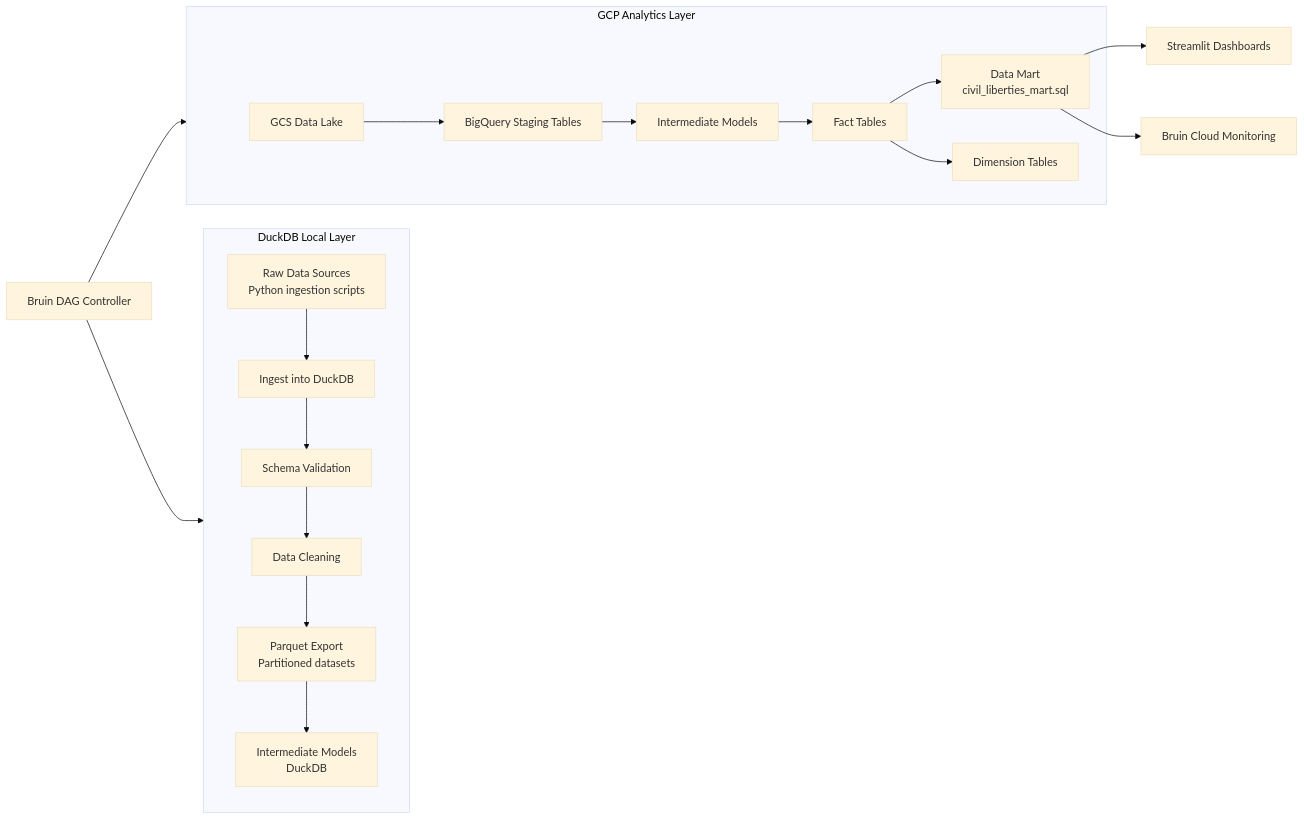
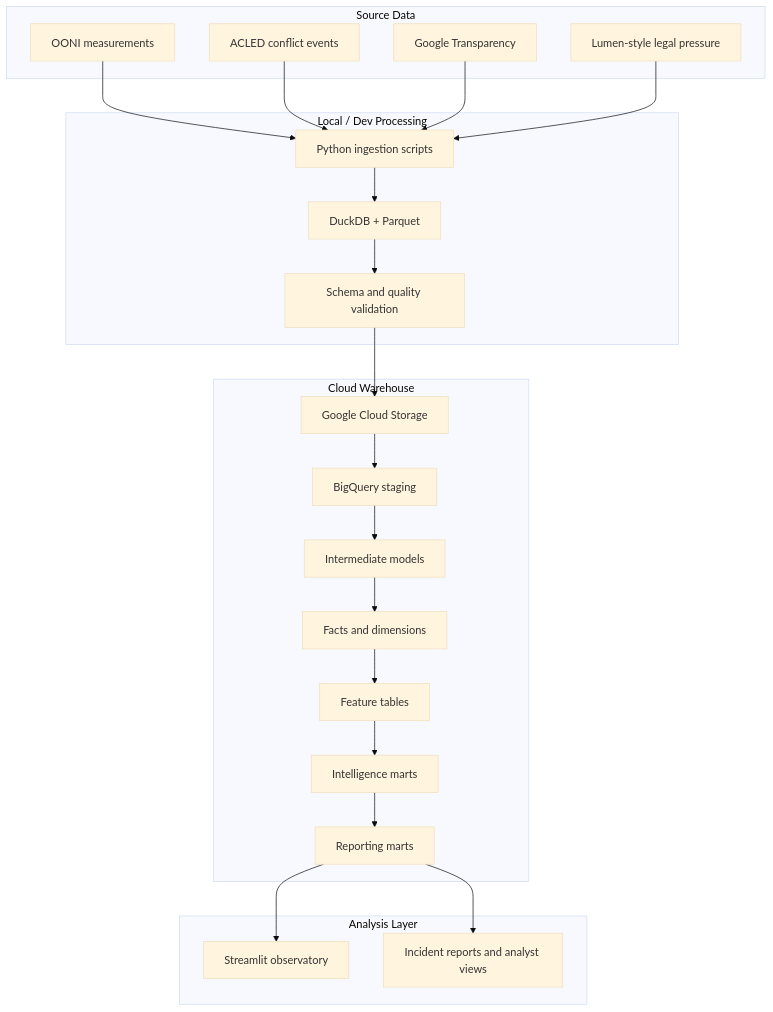
Before and after one commit to Sanjomwa/Civil-Liberties-Intelligence-Observatory: the diagram in README.md, drawn with Mermaid (base theme). The commit also changed other lines of this file and 1 other file, not shown here.

````diff
--- a/README.md
+++ b/README.md
@@ -174,24 +213,46 @@
 ```mermaid
-flowchart LR
-subgraph Local["DuckDB Local Layer"]
-Raw[Raw Data Sources\nPython ingestion scripts] --> Ingest[Ingest into DuckDB]
-Ingest --> Validation[Schema Validation]
-Validation --> Cleaning[Data Cleaning]
-Cleaning --> Parquet[Parquet Export\nPartitioned datasets]
-Parquet --> Light[Intermediate Models\nDuckDB]
-end
+flowchart TB
+    subgraph Sources["Source Data"]
+        OONI["OONI measurements"]
+        ACLED["ACLED conflict events"]
+        Google["Google Transparency"]
+        Lumen["Lumen-style legal pressure"]
+    end
 
-subgraph GCP["GCP Analytics Layer"]
-GCS[GCS Data Lake] --> Staging[BigQuery Staging Tables]
-Staging --> Intermediate[Intermediate Models]
-Intermediate --> Facts[Fact Tables]
-Facts --> Mart[Data Mart\ncivil_liberties_mart.sql]
-Facts --> Dims[Dimension Tables]
-end
+    subgraph Local["Local / Dev Processing"]
+        Python["Python ingestion scripts"]
+        DuckDB["DuckDB + Parquet"]
+        Validation["Schema and quality validation"]
+    end
 
-Bruin[Bruin DAG Controller] --> Local
-Bruin --> GCP
+    subgraph Cloud["Cloud Warehouse"]
+        GCS["Google Cloud Storage"]
+        Staging["BigQuery staging"]
+        Intermediate["Intermediate models"]
+        Marts["Facts and dimensions"]
+        Features["Feature tables"]
+        Intelligence["Intelligence marts"]
+        Reporting["Reporting marts"]
+    end
 
-Mart --> Dashboard[Streamlit Dashboards]
-Mart --> Monitoring[Bruin Cloud Monitoring]
+    subgraph Product["Analysis Layer"]
+        Streamlit["Streamlit observatory"]
+        Reports["Incident reports and analyst views"]
+    end
+
+    OONI --> Python
+    ACLED --> Python
+    Google --> Python
+    Lumen --> Python
+    Python --> DuckDB
+    DuckDB --> Validation
+    Validation --> GCS
+    GCS --> Staging
+    Staging --> Intermediate
+    Intermediate --> Marts
+    Marts --> Features
+    Features --> Intelligence
+    Intelligence --> Reporting
+    Reporting --> Streamlit
+    Reporting --> Reports
 ```
````
